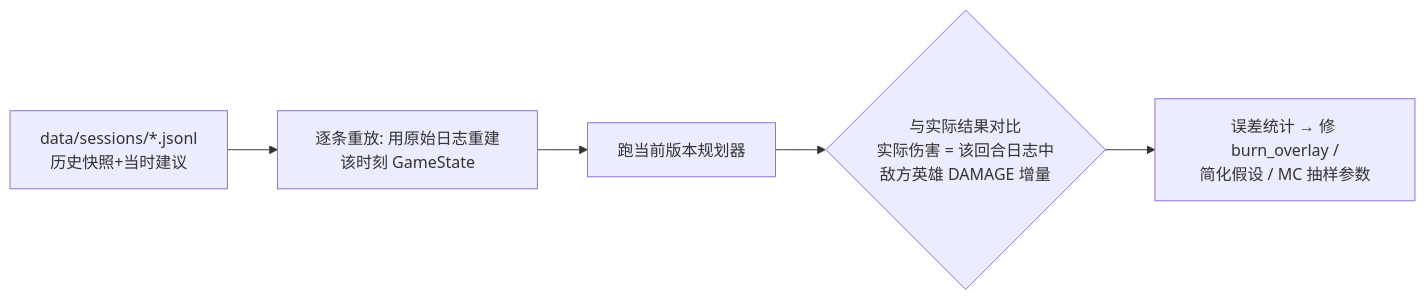
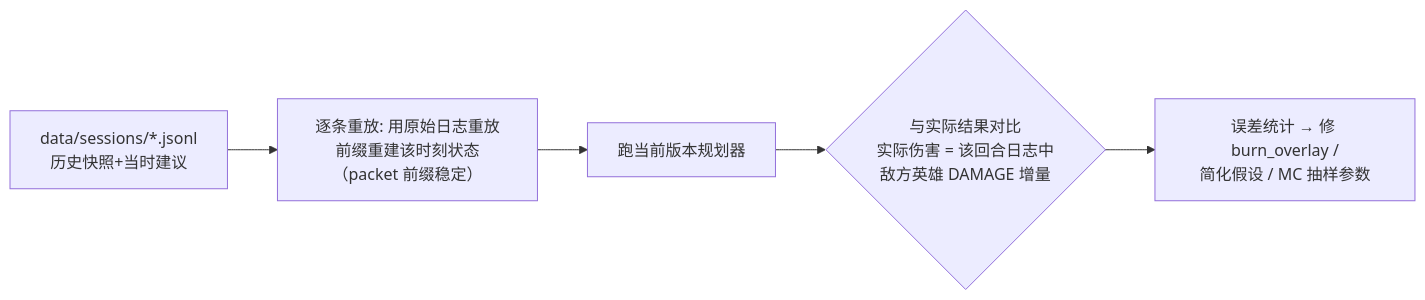
Before and after one commit to AssassinQuin/hs_game_bot: the fourth of 4 diagrams in docs/DESIGN.md, drawn with Mermaid. The commit also changed other lines of this file, not shown here.

Commit message:
docs: DESIGN.md 规划层/回测器 GameState 措辞同步

````diff
--- a/docs/DESIGN.md
+++ b/docs/DESIGN.md
@@ -264,7 +264,7 @@
 ```mermaid
 flowchart LR
-    B0[data/sessions/*.jsonl<br/>历史快照+当时建议] --> B1[逐条重放: 用原始日志重建该时刻 GameState]
+    B0[data/sessions/*.jsonl<br/>历史快照+当时建议] --> B1[逐条重放: 用原始日志重放前缀重建该时刻状态（packet 前缀稳定）]
     B1 --> B2[跑当前版本规划器]
     B2 --> B3{与实际结果对比<br/>实际伤害 = 该回合日志中<br/>敌方英雄 DAMAGE 增量}
     B3 --> B4[误差统计 → 修 burn_overlay /<br/>简化假设 / MC 抽样参数]
 ```
````
